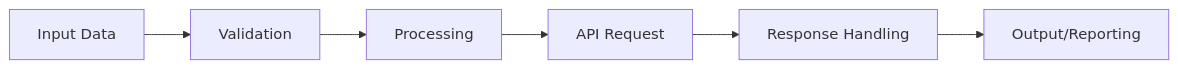
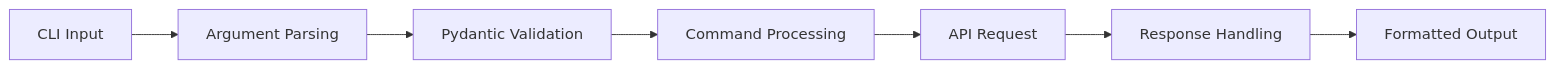
The second of 2 diagrams in memory-bank/systemPatterns.md (byrdnuge/Webex-Tools), drawn with Mermaid before and after one commit. The commit also changed other lines of this file and 4 other files, not shown here.

Commit message:
Update memory bank documentation for CLI-based architecture transition

````diff
--- a/memory-bank/systemPatterns.md
+++ b/memory-bank/systemPatterns.md
@@ -51,8 +72,9 @@
 ```mermaid
 flowchart LR
-    Input[Input Data] --> Validation[Validation]
-    Validation --> Processing[Processing]
+    Input[CLI Input] --> ArgParsing[Argument Parsing]
+    ArgParsing --> Validation[Pydantic Validation]
+    Validation --> Processing[Command Processing]
     Processing --> APIRequest[API Request]
     APIRequest --> ResponseHandling[Response Handling]
-    ResponseHandling --> Output[Output/Reporting]
+    ResponseHandling --> Output[Formatted Output]
 ```
````
